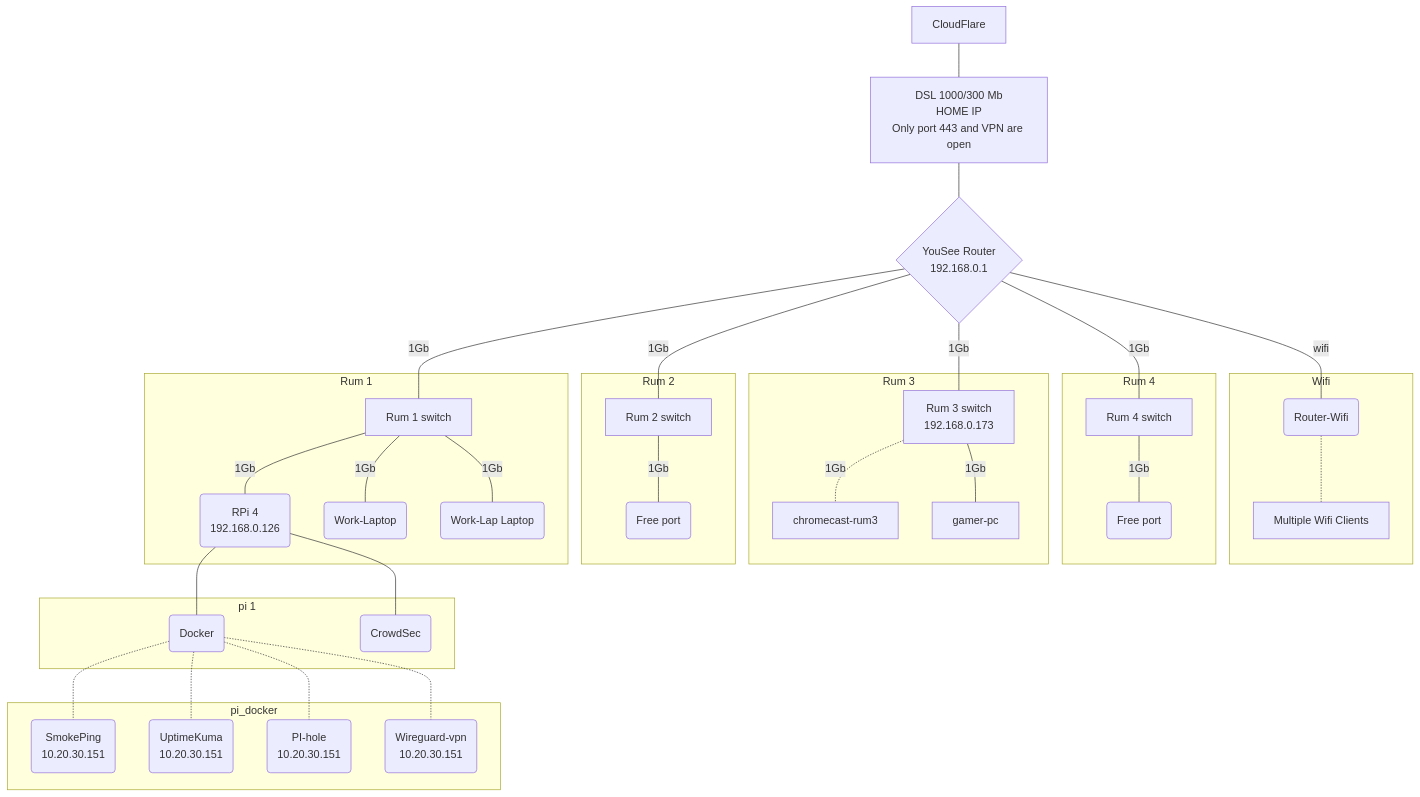
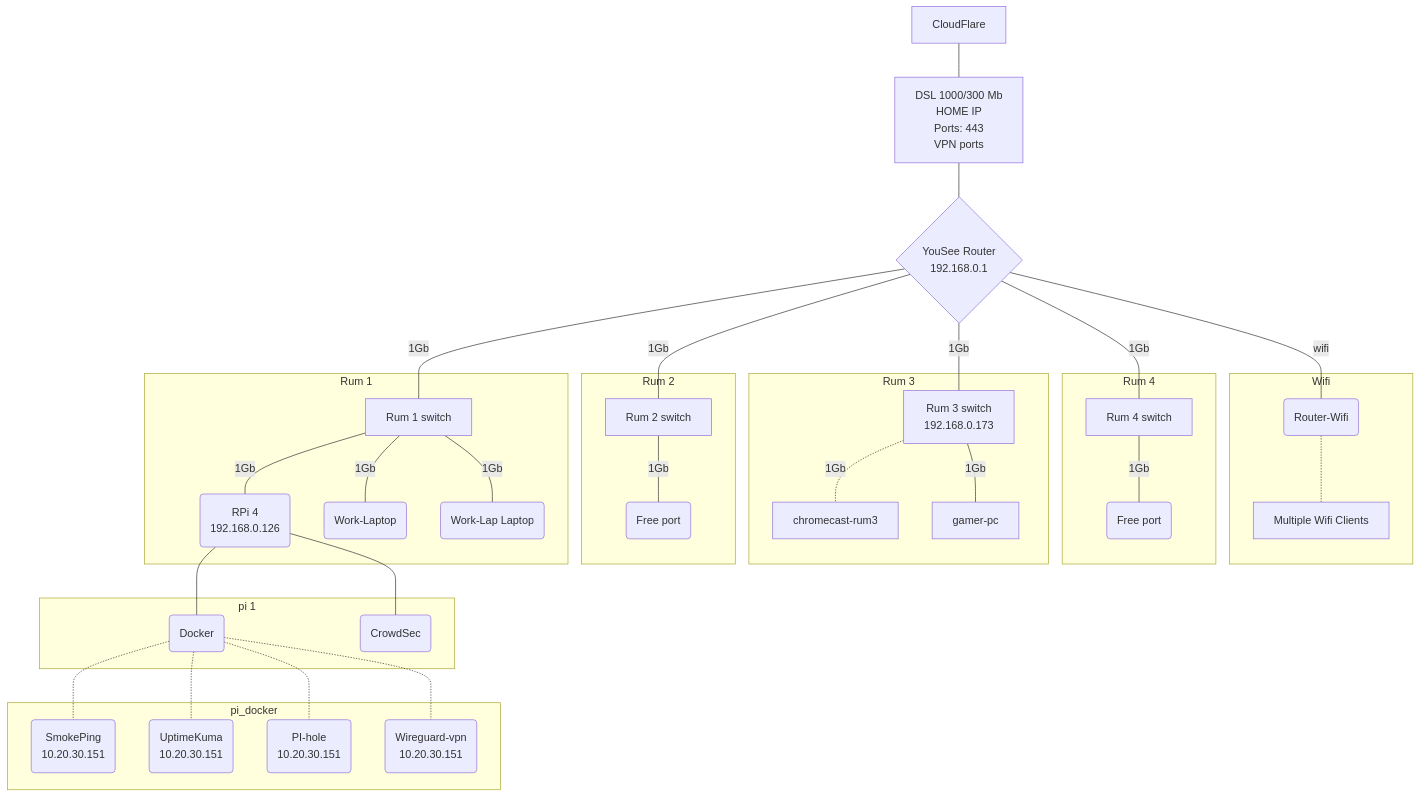
The diagram in Docs/Index.md (alf149/ansible), drawn with Mermaid before and after one commit.

````diff
--- a/Docs/Index.md
+++ b/Docs/Index.md
@@ -21,47 +21,47 @@
 ```mermaid
 graph TD
  linkStyle default interpolate basis
  cloudflare[<center>CloudFlare</center>]---wan
- wan[<center>DSL 1000/300 Mb<br>HOME IP<br>Only port 443 and VPN are open</center>]---router{<center>YouSee Router<br>192.168.0.1</center>}
+ wan[<center>DSL 1000/300 Mb<br>HOME IP<br>Ports: 443<br>VPN ports</center>]---router{<center>YouSee Router<br>192.168.0.1</center>}
  router---|1Gb|rum_1[<center>Rum 1 switch</center>]
  router---|1Gb|rum_2[<center>Rum 2 switch</center>]
  router---|1Gb|rum_3[<center>Rum 3 switch<br>192.168.0.173</center>]
  router---|1Gb|rum_4[<center>Rum 4 switch</center>]
  router---|wifi|ac_wifi(<center>Router-Wifi</center>)
 
     subgraph Wifi
     ac_wifi-.-Multiple[<center>Multiple Wifi Clients</center>]
     end
 
     subgraph Rum 4
     rum_4---|1Gb|free_2(<center>Free port</center>)
     end
 
     subgraph Rum 3
     rum_3-.-|1Gb|chromecast-rum3
     rum_3---|1Gb|gamer-pc
     end
 
     subgraph Rum 2
     rum_2---|1Gb|free_1(<center>Free port</center>)
     end
 
     subgraph Rum 1
     rum_1---|1Gb|pi(<center>RPi 4<br>192.168.0.126</center>)
     rum_1---|1Gb|work(<center>Work-Laptop</center>)
     rum_1---|1Gb|work-lab(<center>Work-Lap Laptop</center>)
     end
 
         subgraph pi 1
         pi---docker(<center>Docker</center>)
         pi---crowdsec(<center>CrowdSec</center>)
         end
 
         subgraph pi_docker
         docker-.-smokeping(<center>SmokePing<br>10.20.30.151</center>)
         docker-.-uptimeKuma(<center>UptimeKuma<br>10.20.30.151</center>)
         docker-.-pihole(<center>PI-hole<br>10.20.30.151</center>)
         docker-.-wireguardvpn(<center>Wireguard-vpn<br>10.20.30.151</center>)
         end
 
 ```
````
